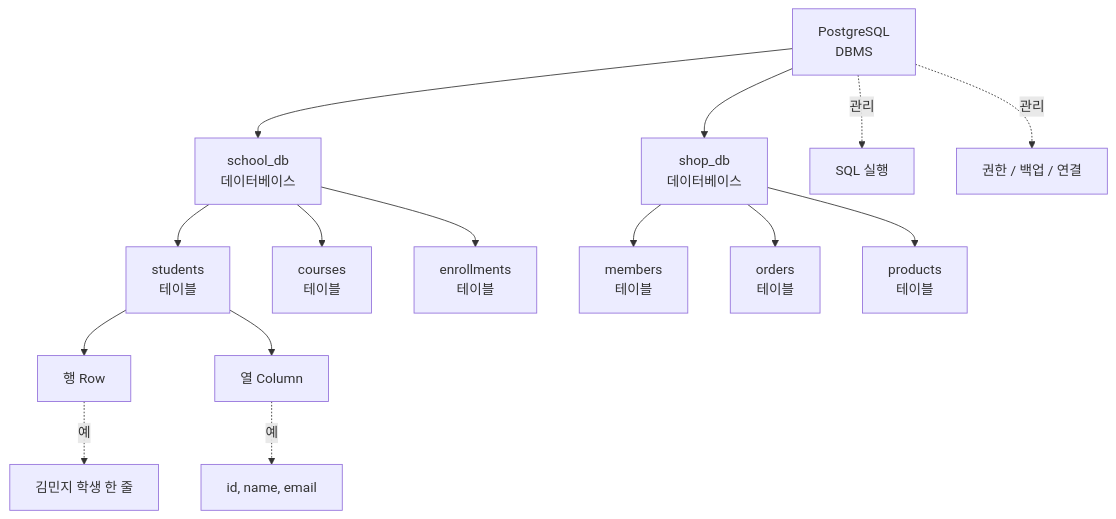
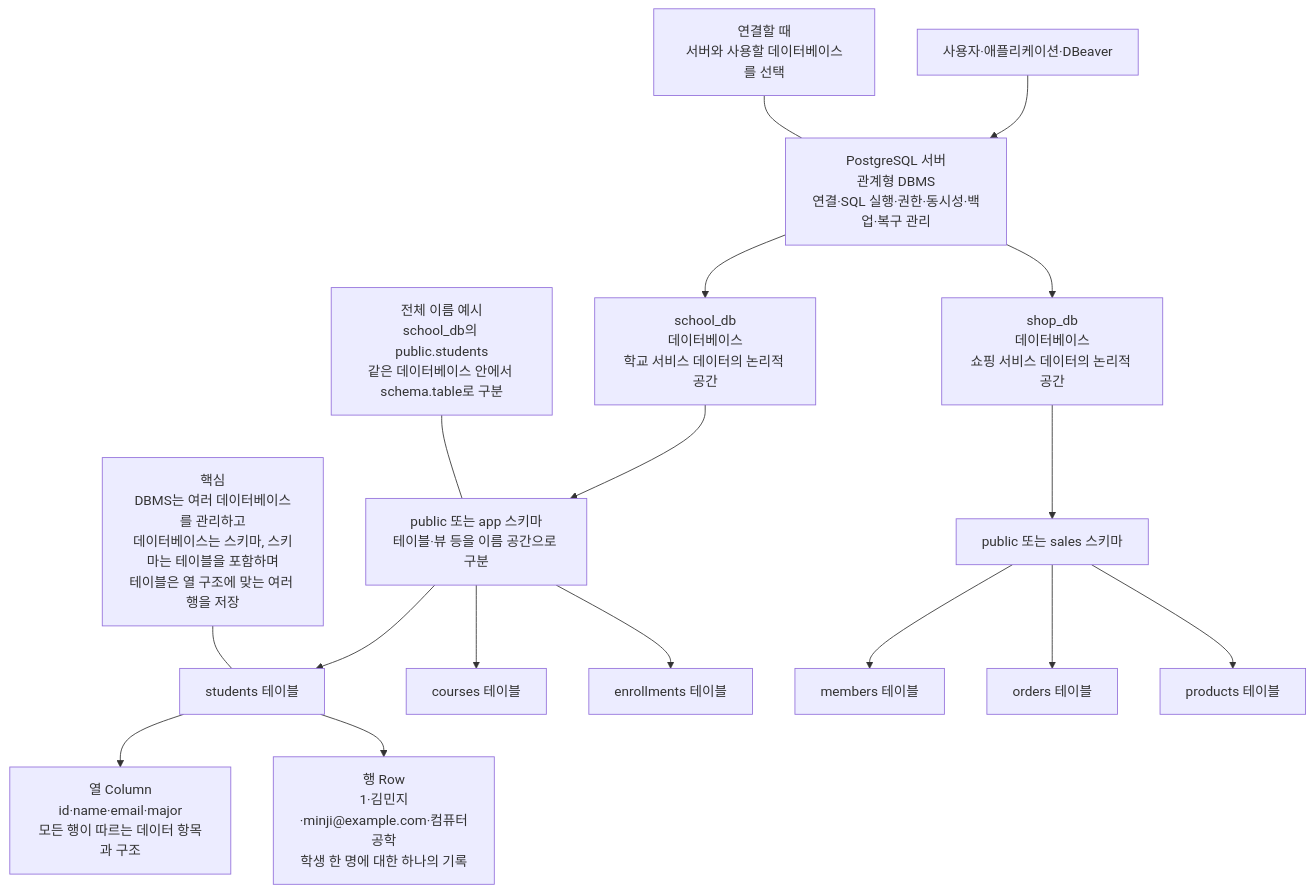
Before and after one commit to GilbertMoon/ai-database-book: the diagram in images/chapter02/ch02_01_dbms_hierarchy.mmd, drawn with Mermaid.

Commit message:
Refine chapter 2 DBMS hierarchy source

```diff
--- a/images/chapter02/ch02_01_dbms_hierarchy.mmd
+++ b/images/chapter02/ch02_01_dbms_hierarchy.mmd
@@ -1,20 +1,23 @@
-flowchart TD
-    A[PostgreSQL<br/>DBMS] --> B[school_db<br/>데이터베이스]
-    A --> C[shop_db<br/>데이터베이스]
+flowchart TB
+    U[사용자·애플리케이션·DBeaver] --> P[PostgreSQL 서버<br/>관계형 DBMS<br/>연결·SQL 실행·권한·동시성·백업·복구 관리]
 
-    B --> B1[students<br/>테이블]
-    B --> B2[courses<br/>테이블]
-    B --> B3[enrollments<br/>테이블]
+    P --> D1[school_db<br/>데이터베이스<br/>학교 서비스 데이터의 논리적 공간]
+    P --> D2[shop_db<br/>데이터베이스<br/>쇼핑 서비스 데이터의 논리적 공간]
 
-    B1 --> B1A[행 Row]
-    B1 --> B1B[열 Column]
+    D1 --> S1[public 또는 app 스키마<br/>테이블·뷰 등을 이름 공간으로 구분]
+    D2 --> S2[public 또는 sales 스키마]
 
-    C --> C1[members<br/>테이블]
-    C --> C2[orders<br/>테이블]
-    C --> C3[products<br/>테이블]
+    S1 --> T1[students 테이블]
+    S1 --> T2[courses 테이블]
+    S1 --> T3[enrollments 테이블]
 
-    A -. 관리 .-> D[SQL 실행]
-    A -. 관리 .-> E[권한 / 백업 / 연결]
+    S2 --> T4[members 테이블]
+    S2 --> T5[orders 테이블]
+    S2 --> T6[products 테이블]
 
-    B1A -. 예 .-> F[김민지 학생 한 줄]
-    B1B -. 예 .-> G[id, name, email]
+    T1 --> C[열 Column<br/>id·name·email·major<br/>모든 행이 따르는 데이터 항목과 구조]
+    T1 --> R[행 Row<br/>1·김민지·minji@example.com·컴퓨터공학<br/>학생 한 명에 대한 하나의 기록]
+
+    N1[연결할 때<br/>서버와 사용할 데이터베이스를 선택] --- P
+    N2[전체 이름 예시<br/>school_db의 public.students<br/>같은 데이터베이스 안에서 schema.table로 구분] --- S1
+    N3[핵심<br/>DBMS는 여러 데이터베이스를 관리하고<br/>데이터베이스는 스키마, 스키마는 테이블을 포함하며<br/>테이블은 열 구조에 맞는 여러 행을 저장] --- T1
```
